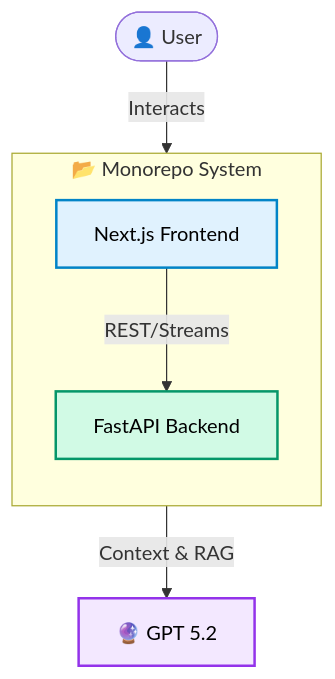
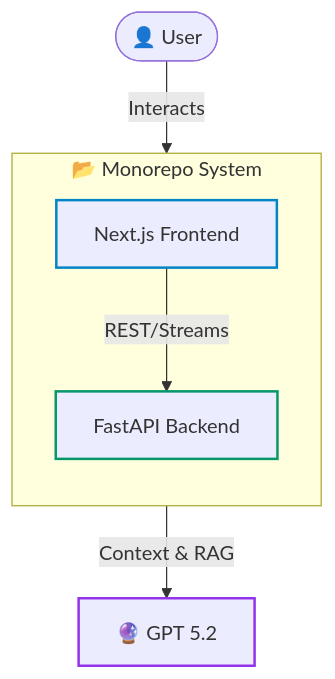
Before and after one commit to anchildress1/system-notes: the diagram in ARCHITECTURE.md, drawn with Mermaid. The commit also changed 87 other files, not shown here.

````diff
--- a/ARCHITECTURE.md
+++ b/ARCHITECTURE.md
@@ -9,17 +9,17 @@
 ```mermaid
 graph TD
-    %% Styling for Light Mode
-    classDef frontend fill:#E0F2FE,stroke:#0284C7,color:#000000,stroke-width:2px;
-    classDef backend fill:#D1FAE5,stroke:#059669,color:#000000,stroke-width:2px;
-    classDef external fill:#F3E8FF,stroke:#9333EA,color:#000000,stroke-width:2px;
+    %% Theme-agnostic styling
+    classDef frontend stroke:#0284C7,stroke-width:2px;
+    classDef backend stroke:#059669,stroke-width:2px;
+    classDef external stroke:#9333EA,stroke-width:2px;
 
 
     User([👤 User]) -->|Interacts| Web[Next.js Frontend]:::frontend
 
     subgraph Monorepo [📂 Monorepo System]
         direction TB
         Web -->|REST/Streams| API[FastAPI Backend]:::backend
     end
 
     API -->|Context & RAG| External["🔮 GPT 5.2"]:::external
 ```
````
